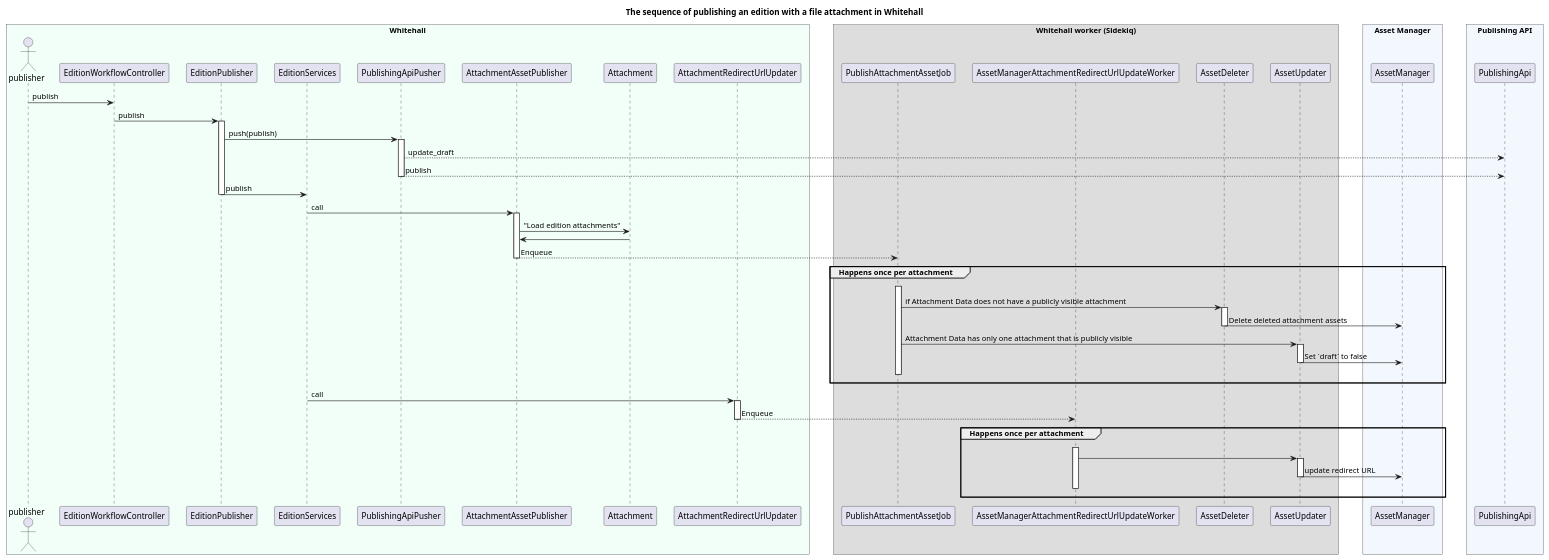
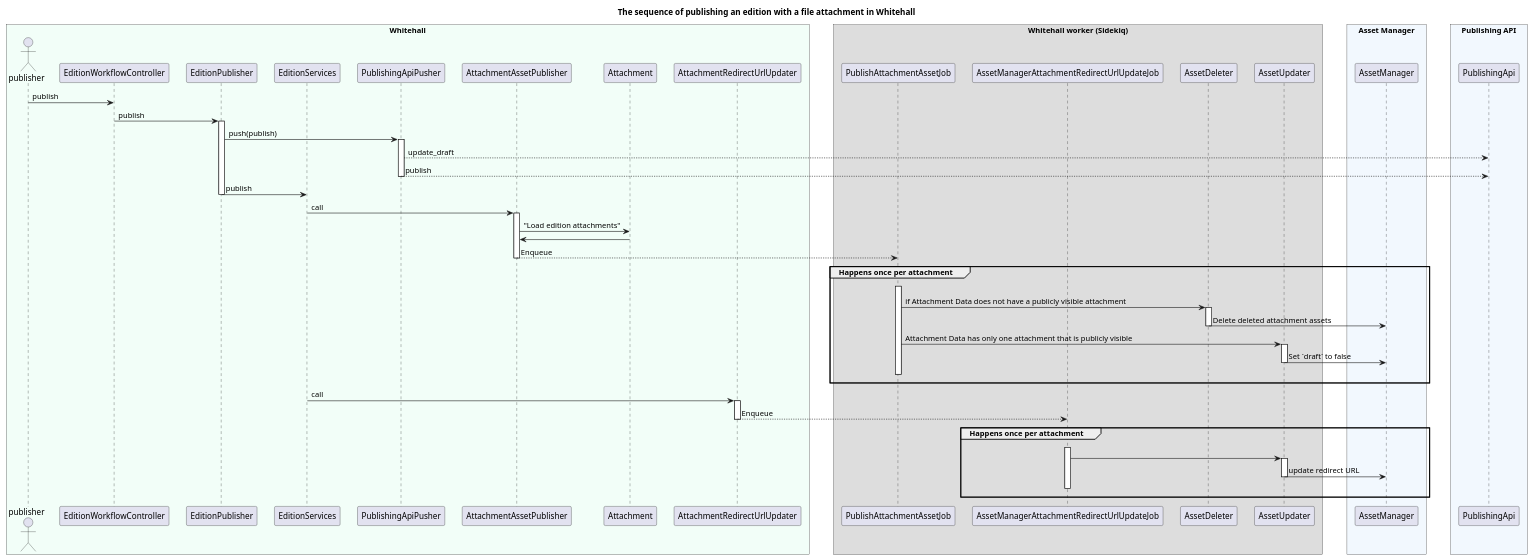
The diagram in docs/diagrams/asset_attachment_edition_publishing_flow.puml (alphagov/whitehall), drawn with PlantUML before and after one commit. The commit also changed 16 other files, not shown here.

Commit message:
Update readmes and diagrams to use new job names

```diff
--- a/docs/diagrams/asset_attachment_edition_publishing_flow.puml
+++ b/docs/diagrams/asset_attachment_edition_publishing_flow.puml
@@ -1,73 +1,73 @@
 @startuml asset_attachment_edition_publishing_flow
 
 title The sequence of publishing an edition with a file attachment in Whitehall
 skinparam BoxPadding 20
 skinparam ParticipantPadding 10
 
 box "Whitehall" #f2fef8
 actor publisher
 participant EditionWorkflowController
 participant EditionPublisher
 participant EditionServices
 participant PublishingApiPusher
 participant AttachmentAssetPublisher
 participant Attachment
 participant AttachmentRedirectUrlUpdater
 end box
 
 box Whitehall worker (Sidekiq)
 participant PublishAttachmentAssetJob
-participant AssetManagerAttachmentRedirectUrlUpdateWorker
+participant AssetManagerAttachmentRedirectUrlUpdateJob
 participant AssetDeleter
 participant AssetUpdater
 end box
 
 box "Asset Manager" #f2f8fe
 participant AssetManager
 end box
 
 box "Publishing API" #f2f8fe
 participant PublishingApi
 end box
 
 publisher -> EditionWorkflowController : publish
 EditionWorkflowController -> EditionPublisher : publish
 activate EditionPublisher
 EditionPublisher -> PublishingApiPusher : push(publish)
 activate PublishingApiPusher
 PublishingApiPusher --> PublishingApi : update_draft
 PublishingApiPusher --> PublishingApi : publish
 deactivate PublishingApiPusher
 EditionPublisher -> EditionServices : publish
 deactivate EditionPublisher
 EditionServices -> AttachmentAssetPublisher : call
 
 activate AttachmentAssetPublisher
 AttachmentAssetPublisher -> Attachment : "Load edition attachments"
 Attachment -> AttachmentAssetPublisher
 AttachmentAssetPublisher --> PublishAttachmentAssetJob : Enqueue
 deactivate
 
 group Happens once per attachment
   PublishAttachmentAssetJob -[hidden]> PublishAttachmentAssetJob++
   PublishAttachmentAssetJob -> AssetDeleter++ : if Attachment Data does not have a publicly visible attachment
   AssetDeleter -> AssetManager-- : Delete deleted attachment assets
   PublishAttachmentAssetJob -> AssetUpdater++ : Attachment Data has only one attachment that is publicly visible
   AssetUpdater -> AssetManager-- : Set `draft` to false
   PublishAttachmentAssetJob -[hidden]> PublishAttachmentAssetJob--
 end group
 
 EditionServices -> AttachmentRedirectUrlUpdater : call
 
 activate AttachmentRedirectUrlUpdater
-AttachmentRedirectUrlUpdater --> AssetManagerAttachmentRedirectUrlUpdateWorker : Enqueue
+AttachmentRedirectUrlUpdater --> AssetManagerAttachmentRedirectUrlUpdateJob : Enqueue
 deactivate
 
 group Happens once per attachment
-  AssetManagerAttachmentRedirectUrlUpdateWorker -[hidden]> AssetManagerAttachmentRedirectUrlUpdateWorker++
-  AssetManagerAttachmentRedirectUrlUpdateWorker -> AssetUpdater++
+  AssetManagerAttachmentRedirectUrlUpdateJob -[hidden]> AssetManagerAttachmentRedirectUrlUpdateJob++
+  AssetManagerAttachmentRedirectUrlUpdateJob -> AssetUpdater++
   AssetUpdater -> AssetManager-- : update redirect URL
-  AssetManagerAttachmentRedirectUrlUpdateWorker -[hidden]> AssetManagerAttachmentRedirectUrlUpdateWorker--
+  AssetManagerAttachmentRedirectUrlUpdateJob -[hidden]> AssetManagerAttachmentRedirectUrlUpdateJob--
 end group
 
 @enduml
```
